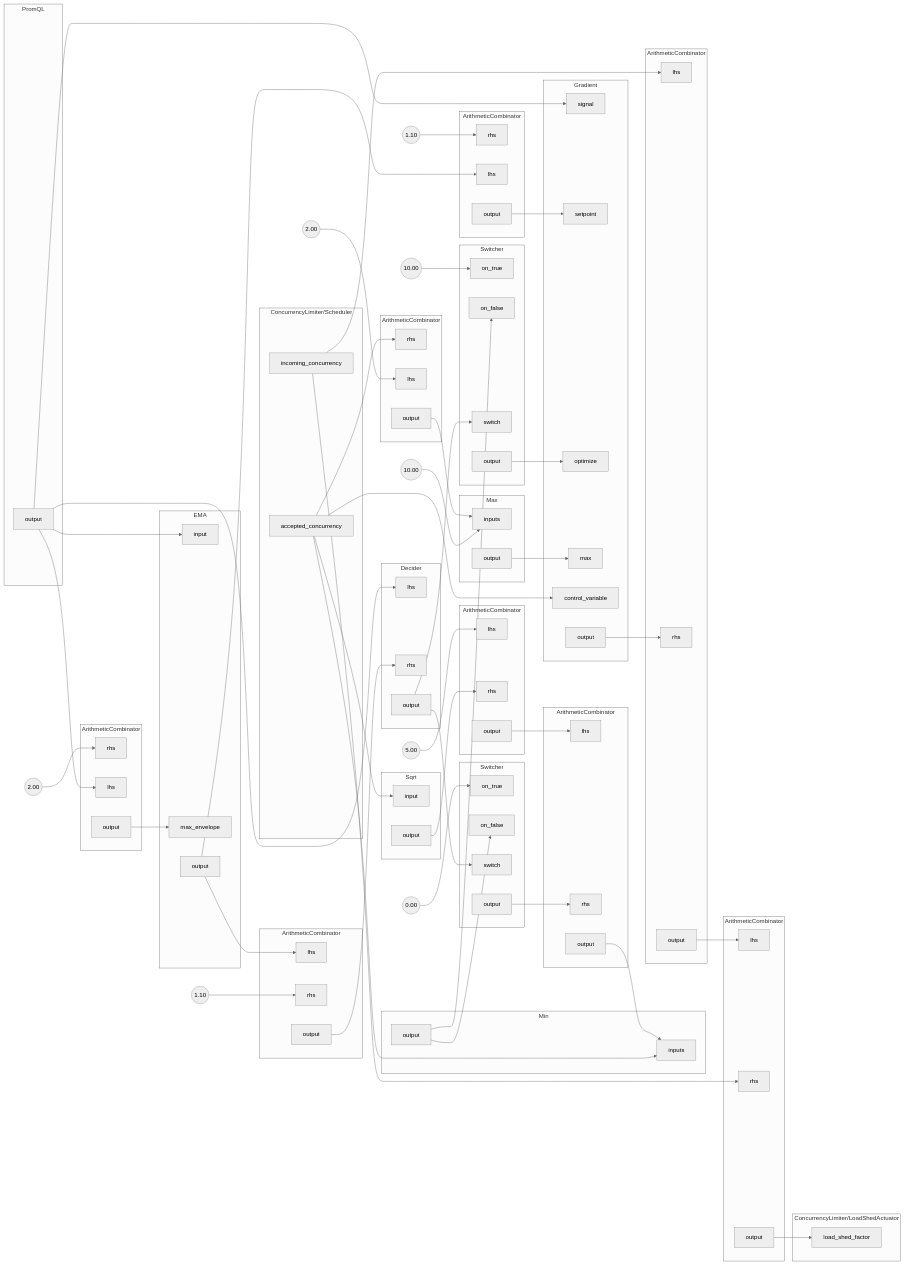
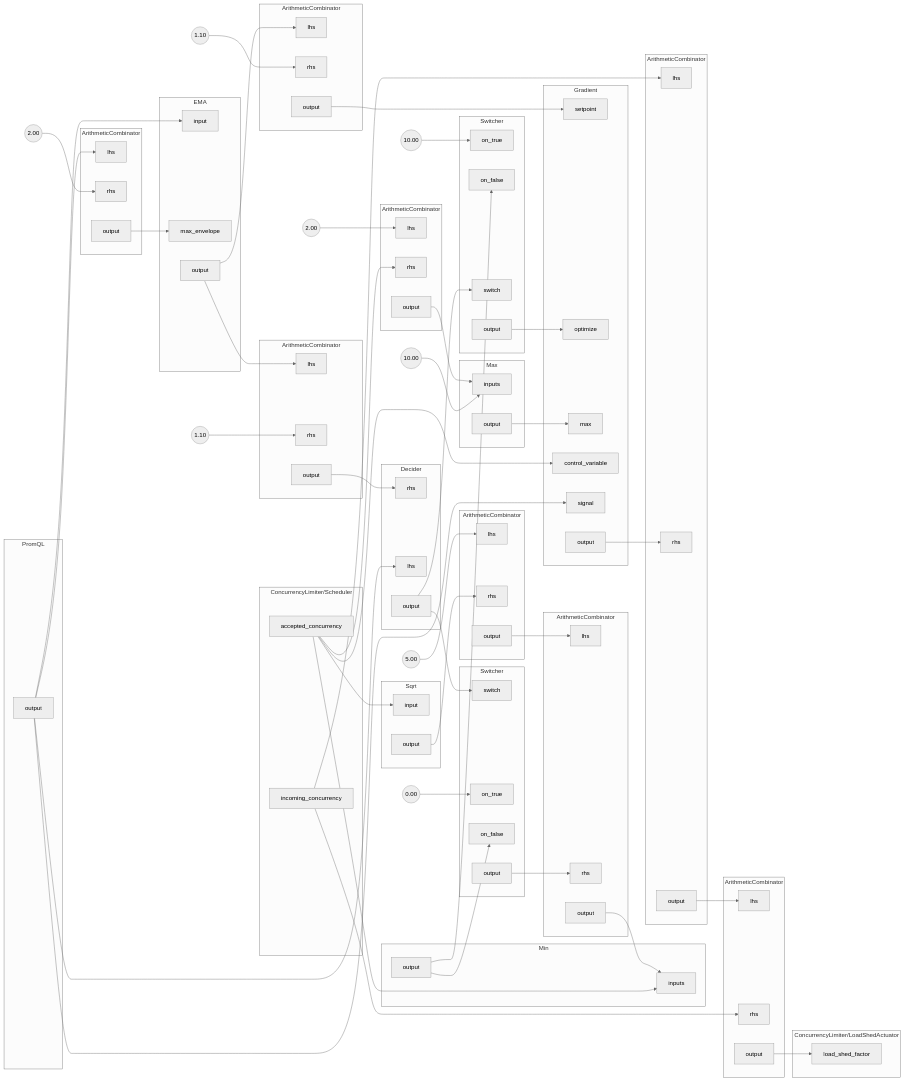
One commit to dataongunlaws/aperture changed the diagram in docs/content/policies/assets/gen/blueprints/jsonnet/blueprints_0.mmd. Above: the diagram before and after it, drawn with Mermaid (neutral theme). The commit also changed other lines of this file and 49 other files, not shown here.

```diff
--- a/docs/content/policies/assets/gen/blueprints/jsonnet/blueprints_0.mmd
+++ b/docs/content/policies/assets/gen/blueprints/jsonnet/blueprints_0.mmd
@@ -1,140 +1,140 @@
 flowchart LR
 subgraph 0[ArithmeticCombinator]
+0lhs[lhs]
 0rhs[rhs]
-0lhs[lhs]
 0output[output]
 end
 FakeConstant0((2.00))
 FakeConstant0 --> 0rhs
 subgraph 1[ArithmeticCombinator]
+1lhs[lhs]
 1rhs[rhs]
-1lhs[lhs]
 1output[output]
 end
 FakeConstant1((1.10))
 FakeConstant1 --> 1rhs
 subgraph 2[ArithmeticCombinator]
 2lhs[lhs]
 2rhs[rhs]
 2output[output]
 end
 subgraph 3[ArithmeticCombinator]
 3lhs[lhs]
 3rhs[rhs]
 3output[output]
 end
 subgraph 4[ArithmeticCombinator]
+4lhs[lhs]
 4rhs[rhs]
-4lhs[lhs]
 4output[output]
 end
 FakeConstant2((2.00))
 FakeConstant2 --> 4lhs
 subgraph 5[ArithmeticCombinator]
 5lhs[lhs]
 5rhs[rhs]
 5output[output]
 end
 FakeConstant3((1.10))
 FakeConstant3 --> 5rhs
 subgraph 6[ArithmeticCombinator]
 6lhs[lhs]
 6rhs[rhs]
 6output[output]
 end
 FakeConstant4((5.00))
 FakeConstant4 --> 6lhs
 subgraph 7[ArithmeticCombinator]
 7lhs[lhs]
 7rhs[rhs]
 7output[output]
 end
 subgraph 8[Min]
 8inputs[inputs]
 8inputs[inputs]
 8output[output]
 end
 subgraph 9[Max]
 9inputs[inputs]
 9inputs[inputs]
 9output[output]
 end
 FakeConstant5((10.00))
 FakeConstant5 --> 9inputs
 subgraph 10[Sqrt]
 10input[input]
 10output[output]
 end
 subgraph 11[PromQL]
 11output[output]
 end
 subgraph 12[EMA]
 12input[input]
 12max_envelope[max_envelope]
 12output[output]
 end
 subgraph 13[Gradient]
-13signal[signal]
 13setpoint[setpoint]
 13optimize[optimize]
 13max[max]
 13control_variable[control_variable]
+13signal[signal]
 13output[output]
 end
 subgraph 14.Scheduler[ConcurrencyLimiter/Scheduler]
+14.Schedulerincoming_concurrency[incoming_concurrency]
 14.Scheduleraccepted_concurrency[accepted_concurrency]
-14.Schedulerincoming_concurrency[incoming_concurrency]
 end
 subgraph 14.LoadShedActuator[ConcurrencyLimiter/LoadShedActuator]
 14.LoadShedActuatorload_shed_factor[load_shed_factor]
 end
 subgraph 17[Switcher]
+17switch[switch]
 17on_true[on_true]
 17on_false[on_false]
-17switch[switch]
 17output[output]
 end
 FakeConstant6((0.00))
 FakeConstant6 --> 17on_true
 subgraph 16[Switcher]
 16on_true[on_true]
 16on_false[on_false]
 16switch[switch]
 16output[output]
 end
 FakeConstant7((10.00))
 FakeConstant7 --> 16on_true
 subgraph 15[Decider]
+15rhs[rhs]
 15lhs[lhs]
-15rhs[rhs]
 15output[output]
 end
-9output --> 13max
+8output --> 16on_false
+8output --> 17on_false
 11output --> 0lhs
 11output --> 12input
 11output --> 13signal
 11output --> 15lhs
+14.Schedulerincoming_concurrency --> 2lhs
+14.Schedulerincoming_concurrency --> 3rhs
 14.Scheduleraccepted_concurrency --> 4rhs
 14.Scheduleraccepted_concurrency --> 8inputs
 14.Scheduleraccepted_concurrency --> 10input
 14.Scheduleraccepted_concurrency --> 13control_variable
+16output --> 13optimize
 0output --> 12max_envelope
-1output --> 13setpoint
-10output --> 6rhs
+3output --> 14.LoadShedActuatorload_shed_factor
+2output --> 3lhs
+4output --> 9inputs
+5output --> 15rhs
+6output --> 7lhs
+12output --> 1lhs
+12output --> 5lhs
 15output --> 16switch
 15output --> 17switch
-3output --> 14.LoadShedActuatorload_shed_factor
-4output --> 9inputs
-12output --> 1lhs
-12output --> 5lhs
+17output --> 7rhs
+1output --> 13setpoint
+7output --> 8inputs
+9output --> 13max
+10output --> 6rhs
 13output --> 2rhs
-17output --> 7rhs
-6output --> 7lhs
-7output --> 8inputs
-8output --> 16on_false
-8output --> 17on_false
-14.Schedulerincoming_concurrency --> 2lhs
-14.Schedulerincoming_concurrency --> 3rhs
-16output --> 13optimize
-2output --> 3lhs
-5output --> 15rhs
```
